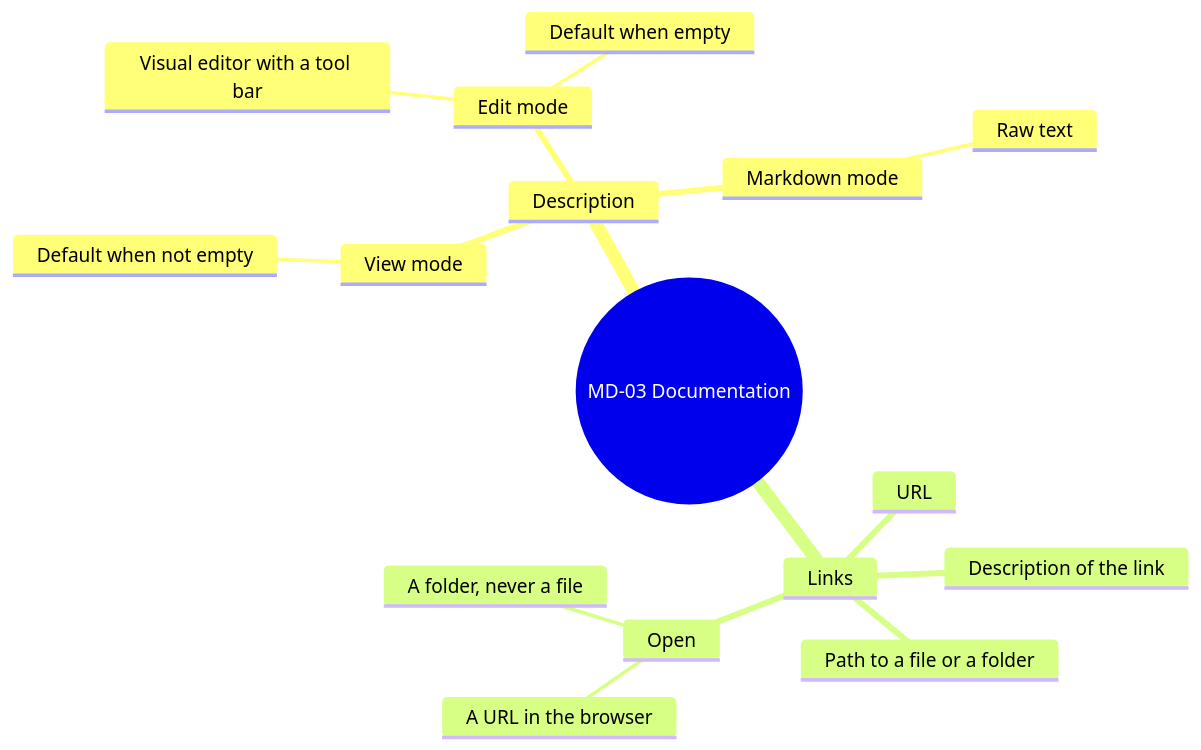
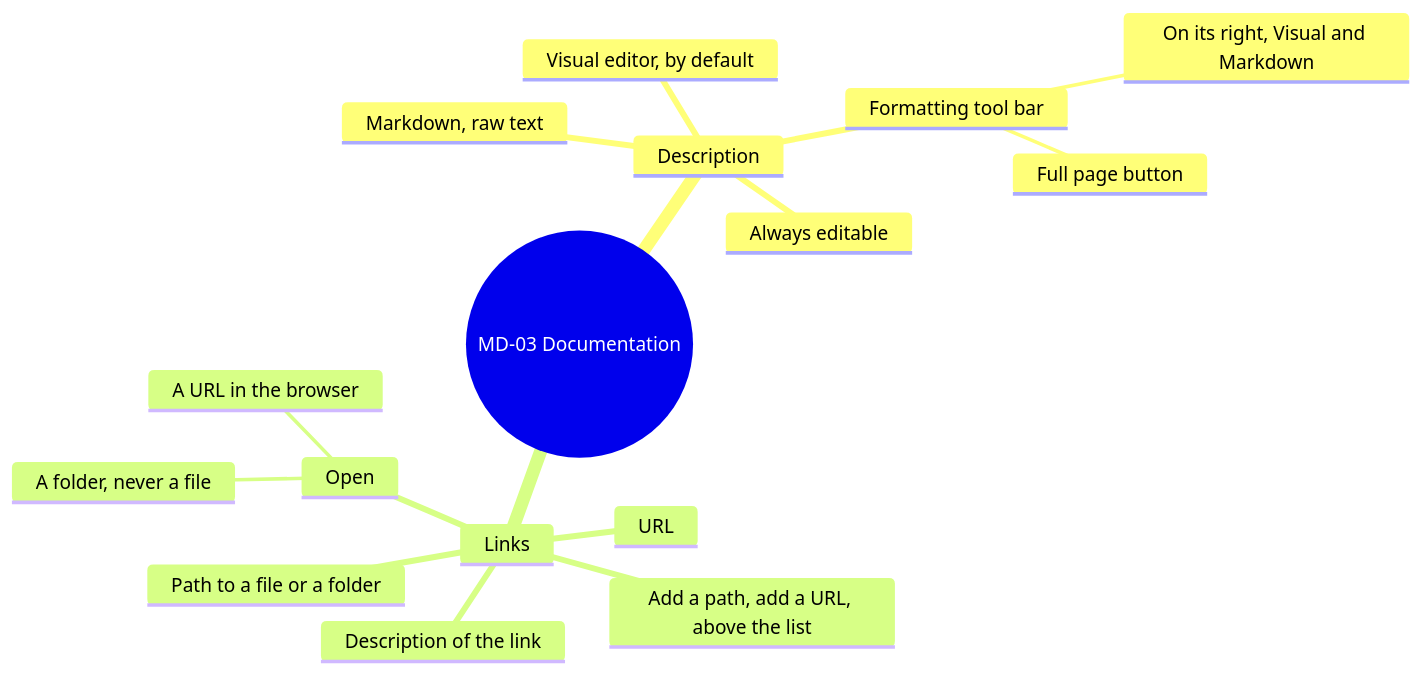
The fourth of 13 diagrams in screens/metadata.md (AlexandreGallais/synoptic-studio-spec), drawn with Mermaid before and after one commit. The commit also changed other lines of this file and 12 other files, not shown here.

````diff
--- a/screens/metadata.md
+++ b/screens/metadata.md
@@ -107,19 +109,19 @@
 ```mermaid
 mindmap
   root((MD-03 Documentation))
     Description
-      View mode
-        Default when not empty
-      Edit mode
-        Visual editor with a tool bar
-        Default when empty
-      Markdown mode
-        Raw text
+      Always editable
+      Formatting tool bar
+        On its right, Visual and Markdown
+        Full page button
+      Visual editor, by default
+      Markdown, raw text
     Links
+      Add a path, add a URL, above the list
       Path to a file or a folder
       URL
       Description of the link
       Open
         A folder, never a file
         A URL in the browser
 ```
````
